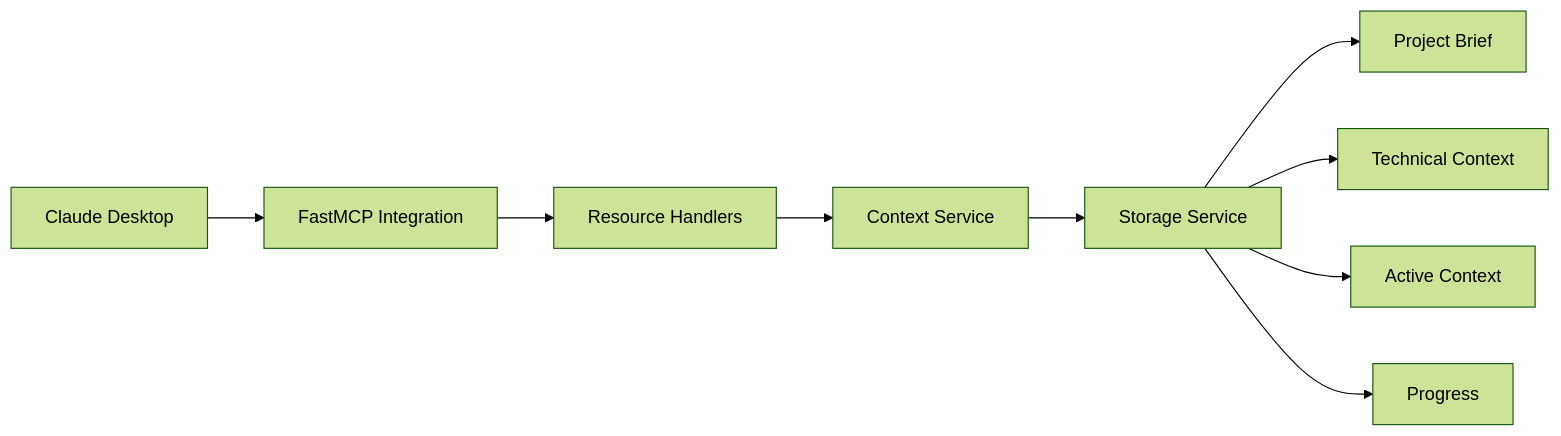
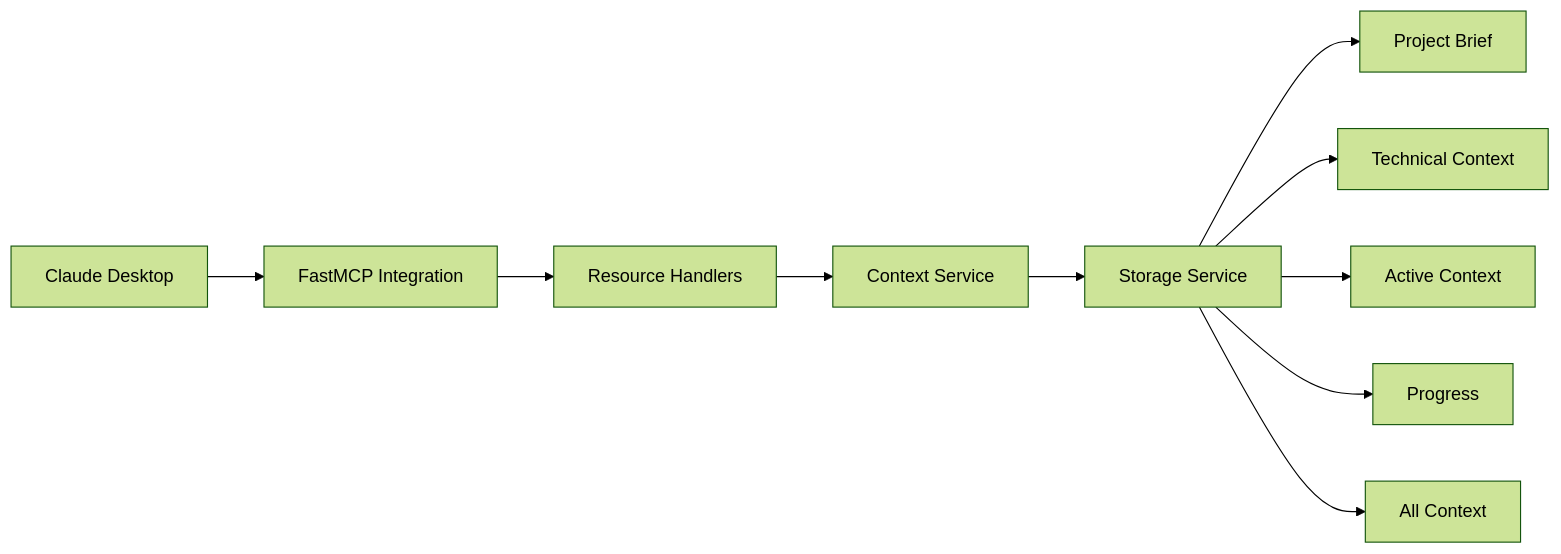
Before and after one commit to philippe-guerit/claude-desktop-memory-bank: the second of 9 diagrams in doc/mcp-design.md, drawn with Mermaid (forest theme). The commit also changed other lines of this file and 6 other files, not shown here.

````diff
--- a/doc/mcp-design.md
+++ b/doc/mcp-design.md
@@ -65,11 +66,12 @@
 ```mermaid
 flowchart LR
     Claude[Claude Desktop] --> FastMCP[FastMCP Integration]
     FastMCP --> Resources[Resource Handlers]
     Resources --> ContextSvc[Context Service]
     ContextSvc --> StorageSvc[Storage Service]
     StorageSvc --> PB[Project Brief]
     StorageSvc --> TC[Technical Context]
     StorageSvc --> AC[Active Context]
     StorageSvc --> P[Progress]
+    StorageSvc --> All[All Context]
 ```
````
